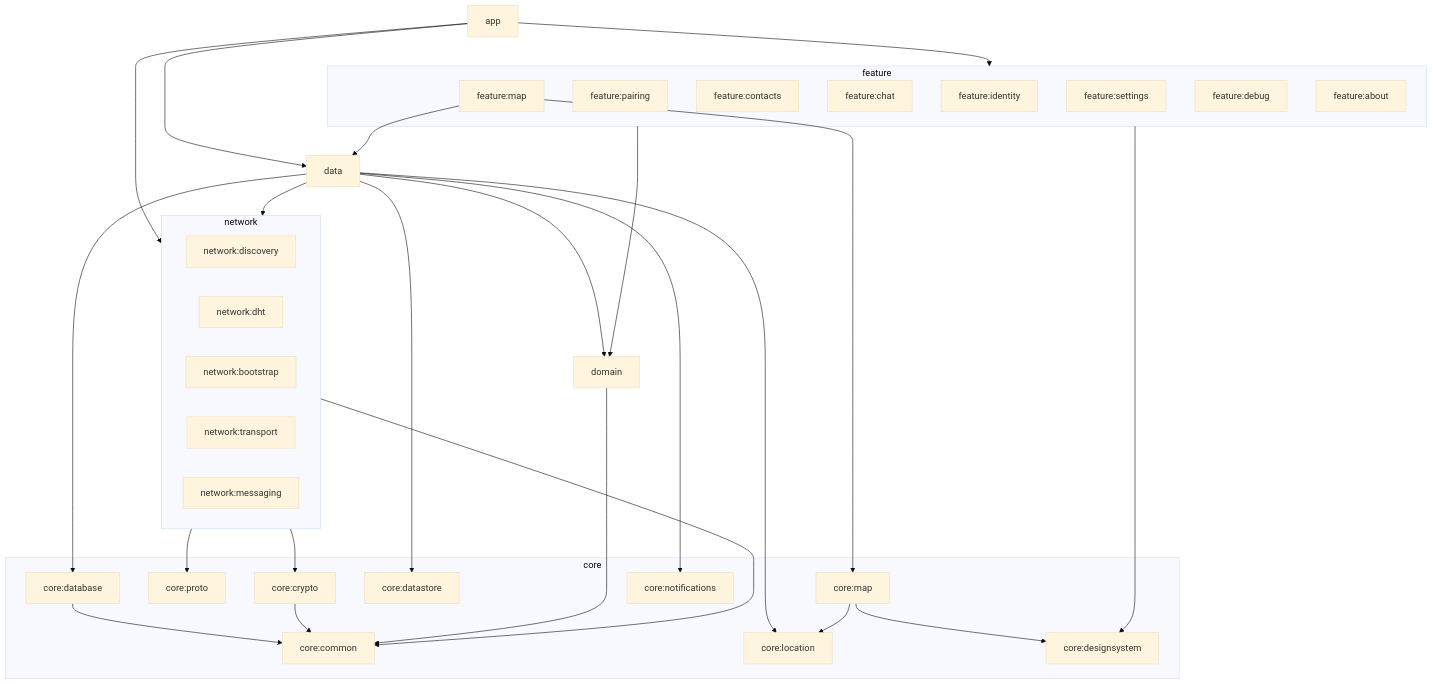
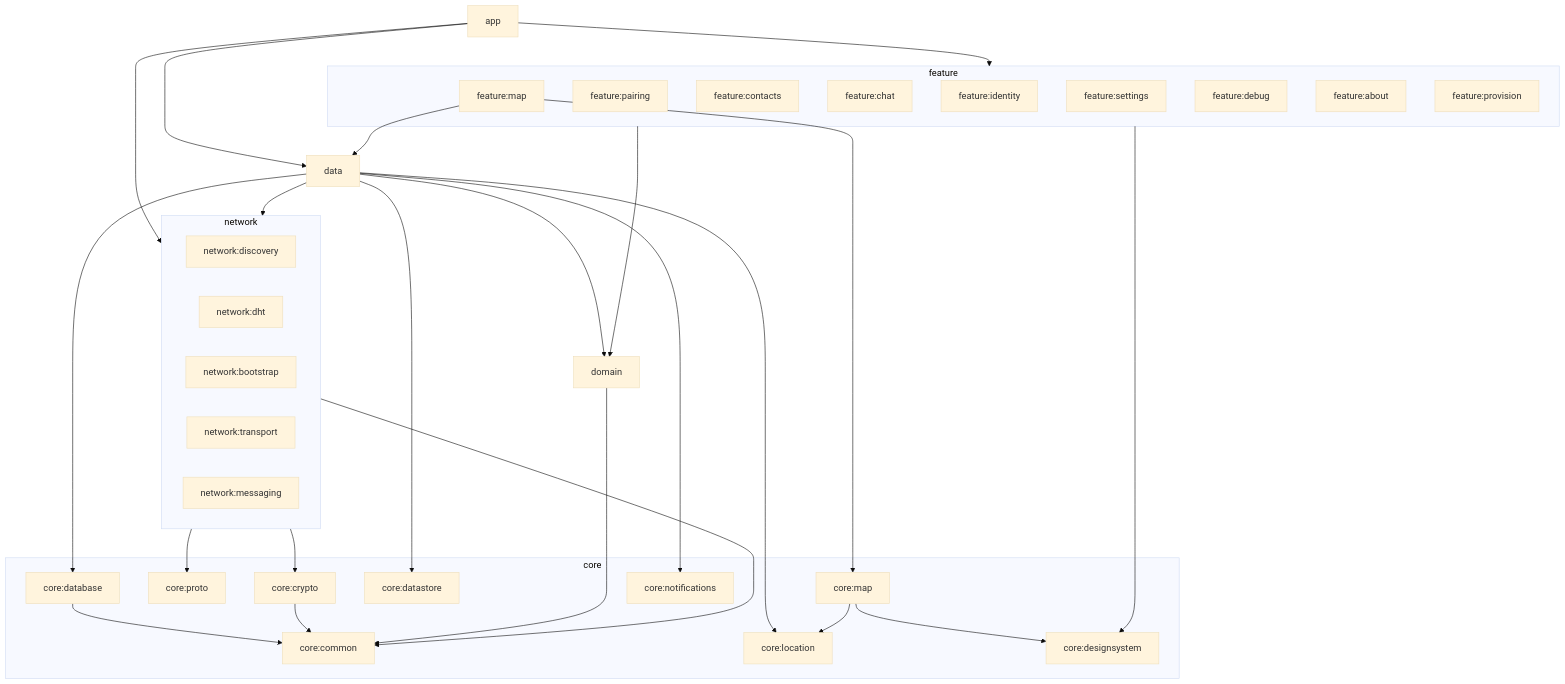
Before and after one commit to 0xAsghar/vMessenger: the diagram in docs/FolderStructure.md, drawn with Mermaid (base theme). The commit also changed other lines of this file and 15 other files, not shown here.

````diff
--- a/docs/FolderStructure.md
+++ b/docs/FolderStructure.md
@@ -20,60 +20,61 @@
 ```mermaid
 flowchart TD
   app["app"]
 
   subgraph featureLayer [feature]
     fIdentity["feature:identity"]
     fPairing["feature:pairing"]
     fContacts["feature:contacts"]
     fChat["feature:chat"]
     fMap["feature:map"]
     fSettings["feature:settings"]
     fDebug["feature:debug"]
     fAbout["feature:about"]
+    fProvision["feature:provision"]
   end
 
   domain["domain"]
   data["data"]
 
   subgraph networkLayer [network]
     nDisc["network:discovery"]
     nDht["network:dht"]
     nBoot["network:bootstrap"]
     nTrans["network:transport"]
     nMsg["network:messaging"]
   end
 
   subgraph coreLayer [core]
     cCommon["core:common"]
     cCrypto["core:crypto"]
     cProto["core:proto"]
     cDb["core:database"]
     cData2["core:datastore"]
     cLoc["core:location"]
     cMap["core:map"]
     cNotif["core:notifications"]
     cDesign["core:designsystem"]
   end
 
   app --> featureLayer
   app --> data
   app --> networkLayer
   featureLayer --> domain
   featureLayer --> cDesign
   data --> domain
   data --> networkLayer
   data --> cDb
   data --> cData2
   data --> cLoc
   data --> cNotif
   fMap --> data
   fMap --> cMap
   cMap --> cLoc
   cMap --> cDesign
   networkLayer --> cCrypto
   networkLayer --> cProto
   networkLayer --> cCommon
   cDb --> cCommon
   cCrypto --> cCommon
   domain --> cCommon
 ```
````
